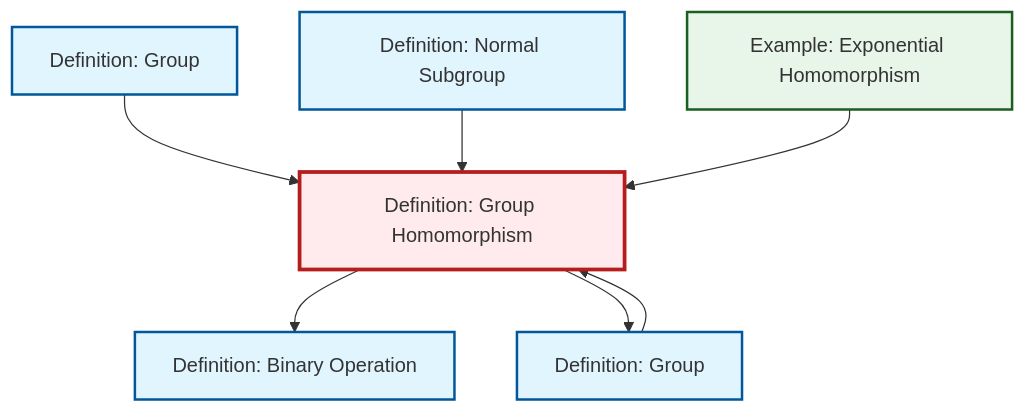
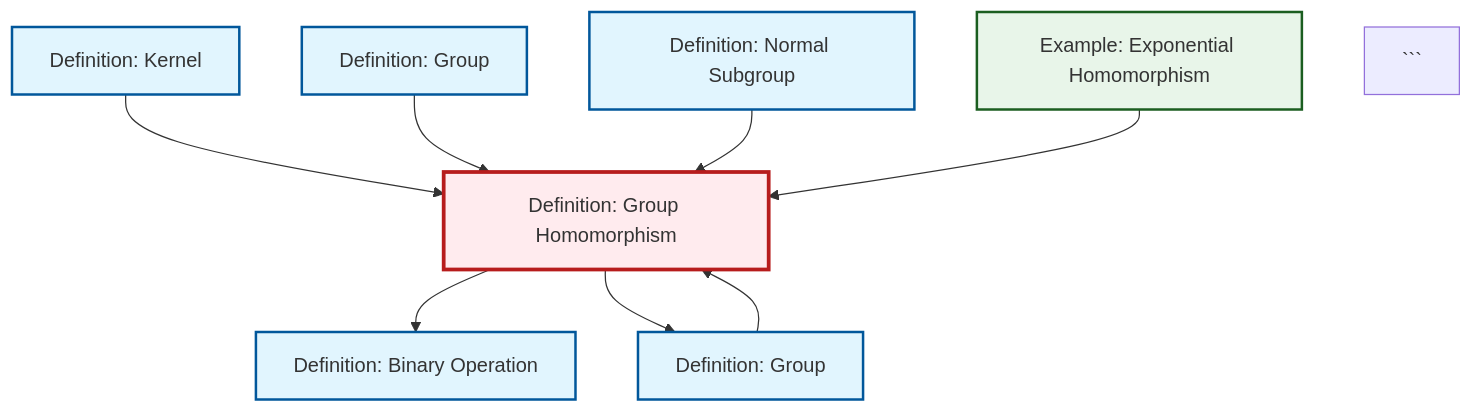
The diagram in output/mermaid/def-homomorphism.mermaid (RK0429/ModernMath), drawn with Mermaid before and after one commit. The commit also changed 313 other files, not shown here.

````diff
--- a/output/mermaid/def-homomorphism.mermaid
+++ b/output/mermaid/def-homomorphism.mermaid
@@ -1,22 +1,23 @@
-```{mermaid}
 %%| fig-cap: "Local dependency graph"
 graph TD
     classDef definition fill:#e1f5fe,stroke:#01579b,stroke-width:2px
     classDef theorem fill:#f3e5f5,stroke:#4a148c,stroke-width:2px
     classDef axiom fill:#fff3e0,stroke:#e65100,stroke-width:2px
     classDef example fill:#e8f5e9,stroke:#1b5e20,stroke-width:2px
     classDef current fill:#ffebee,stroke:#b71c1c,stroke-width:3px
+    ex-exponential-homomorphism["Example: Exponential Homomorphism"]:::example
+    def-group-example["Definition: Group"]:::definition
+    def-binary-operation["Definition: Binary Operation"]:::definition
     def-homomorphism["Definition: Group Homomorphism"]:::definition
+    def-group["Definition: Group"]:::definition
     def-normal-subgroup["Definition: Normal Subgroup"]:::definition
-    def-binary-operation["Definition: Binary Operation"]:::definition
-    ex-exponential-homomorphism["Example: Exponential Homomorphism"]:::example
-    def-group["Definition: Group"]:::definition
-    def-group-example["Definition: Group"]:::definition
+    def-kernel["Definition: Kernel"]:::definition
+    def-kernel --> def-homomorphism
+    def-group-example --> def-homomorphism
+    def-normal-subgroup --> def-homomorphism
     def-group --> def-homomorphism
-    def-group-example --> def-homomorphism
+    ex-exponential-homomorphism --> def-homomorphism
     def-homomorphism --> def-binary-operation
     def-homomorphism --> def-group
-    def-normal-subgroup --> def-homomorphism
-    ex-exponential-homomorphism --> def-homomorphism
     class def-homomorphism current
 ```
````
